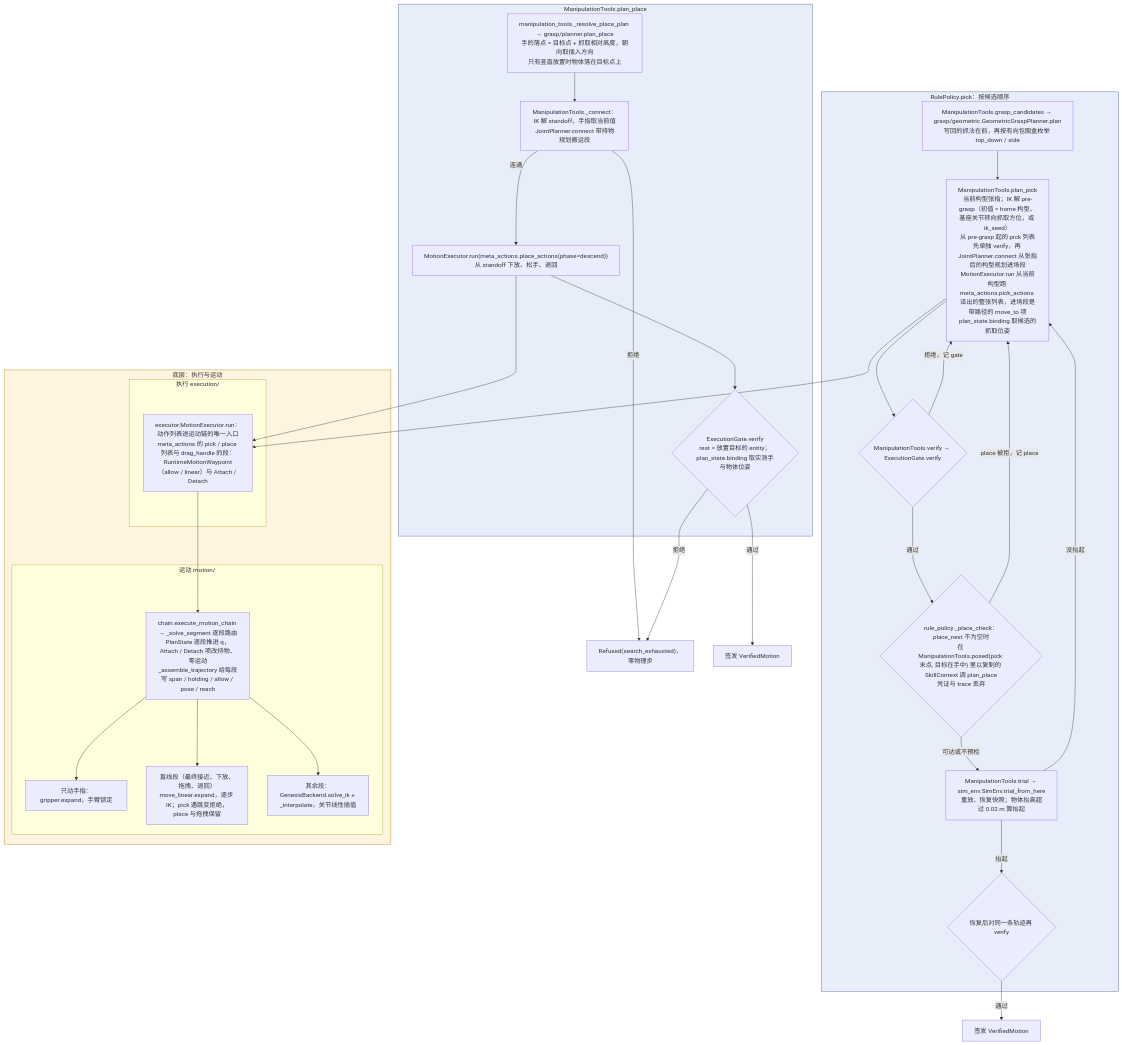
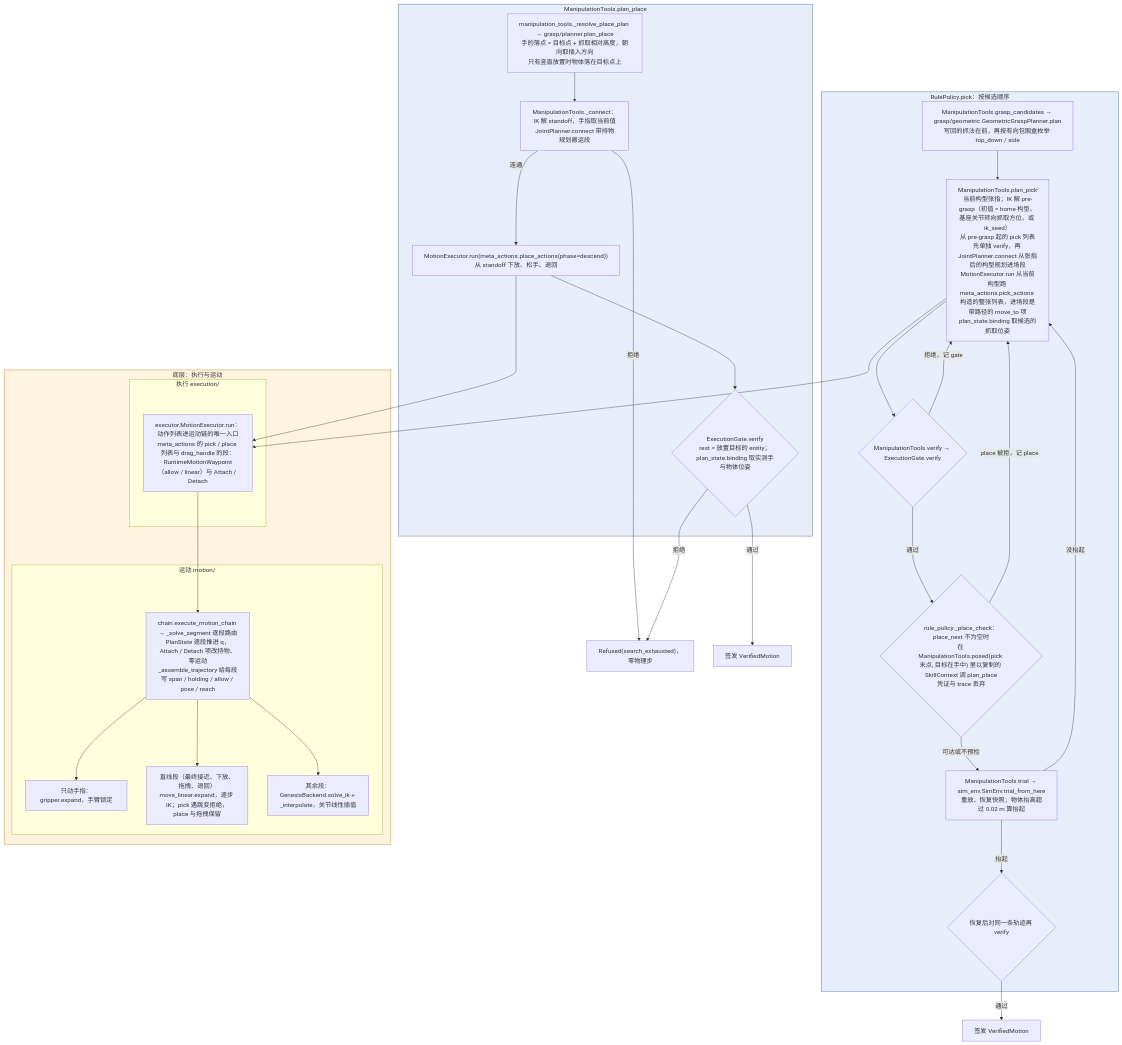
One commit to ZJLi2013/RoboSmith changed the fourth of 5 diagrams in docs/call-chain.md. Above: the diagram before and after it, drawn with Mermaid. The commit also changed other lines of this file and 5 other files, not shown here.

Commit message:
docs: plan files are steps with an optional pick lift, and the changelog lists the removed actions translation

````diff
--- a/docs/call-chain.md
+++ b/docs/call-chain.md
@@ -186,49 +186,49 @@
 ```mermaid
 flowchart TD
     subgraph PK["RulePolicy.pick：按候选顺序"]
         GEO["ManipulationTools.grasp_candidates → grasp/geometric.GeometricGraspPlanner.plan<br/>写回的抓法在前，再按有向包围盒枚举 top_down / side"]
-        PM["ManipulationTools.plan_pick<br/>当前构型张指；IK 解 pre-grasp（初值 = home 构型、基座关节转向抓取方位，或 ik_seed）<br/>从 pre-grasp 起的 pick 列表先单独 verify，再 JointPlanner.connect 从张指后的构型规划进场段<br/>MotionExecutor.run 从当前构型跑 meta_actions.pick_actions 译出的整张列表，进场段是带路径的 move_to 项<br/>plan_state.binding 取候选的抓取位姿"]
+        PM["ManipulationTools.plan_pick<br/>当前构型张指；IK 解 pre-grasp（初值 = home 构型、基座关节转向抓取方位，或 ik_seed）<br/>从 pre-grasp 起的 pick 列表先单独 verify，再 JointPlanner.connect 从张指后的构型规划进场段<br/>MotionExecutor.run 从当前构型跑 meta_actions.pick_actions 构造的整张列表，进场段是带路径的 move_to 项<br/>plan_state.binding 取候选的抓取位姿"]
         V1{"ManipulationTools.verify → ExecutionGate.verify"}
         PRE{"rule_policy._place_check：place_next 不为空时<br/>在 ManipulationTools.posed(pick 末点, 目标在手中) 里以复制的 SkillContext 调 plan_place<br/>凭证与 trace 丢弃"}
         TR["ManipulationTools.trial → sim_env.SimEnv.trial_from_here<br/>重放、恢复快照；物体抬高超过 0.02 m 算抬起"]
         V2{"恢复后对同一条轨迹再 verify"}
     end
 
     subgraph PL["ManipulationTools.plan_place"]
         PP["manipulation_tools._resolve_place_plan → grasp/planner.plan_place<br/>手的落点 = 目标点 + 抓取相对高度，朝向取插入方向<br/>只有竖直放置时物体落在目标点上"]
         PC["ManipulationTools._connect：IK 解 standoff，手指取当前值<br/>JointPlanner.connect 带持物规划搬运段"]
         PX["MotionExecutor.run(meta_actions.place_actions(phase=descend))<br/>从 standoff 下放、松手、退回"]
         V3{"ExecutionGate.verify<br/>rest = 放置目标的 entity；plan_state.binding 取实测手与物体位姿"}
     end
 
     subgraph LOW["底层：执行与运动"]
         subgraph EX["执行 execution/"]
             EXE["executor.MotionExecutor.run：动作列表进运动链的唯一入口<br/>meta_actions 的 pick / place 列表与 drag_handle 的段：RuntimeMotionWaypoint（allow / linear）与 Attach / Detach"]
         end
         subgraph MO["运动 motion/"]
             CH["chain.execute_motion_chain → _solve_segment 逐段路由<br/>PlanState 逐段推进 q，Attach / Detach 项改持物、零运动<br/>_assemble_trajectory 给每段写 span / holding / allow / pose / reach"]
             F["只动手指：gripper.expand，手臂锁定"]
             C["直线段（最终接近、下放、拖拽、退回）<br/>move_linear.expand，逐步 IK；pick 遇跳变拒绝，place 与拖拽保留"]
             G["其余段：GenesisBackend.solve_ik + _interpolate，关节线性插值"]
         end
     end
 
     GEO --> PM --> V1
     V1 -- 拒绝，记 gate --> PM
     V1 -- 通过 --> PRE
     PRE -- place 被拒，记 place --> PM
     PRE -- 可达或不预检 --> TR
     TR -- 没抬起 --> PM
     TR -- 抬起 --> V2
     V2 -- 通过 --> OKP["签发 VerifiedMotion"]
     PP --> PC
     PC -- 拒绝 --> RF["Refused(search_exhausted)，零物理步"]
     PC -- 连通 --> PX --> V3
     V3 -- 拒绝 --> RF
     V3 -- 通过 --> OKL["签发 VerifiedMotion"]
     PM & PX --> EXE --> CH --> F & C & G
 
     style PK fill:#e8eef9,stroke:#3b5b9a
     style PL fill:#e8eef9,stroke:#3b5b9a
     style LOW fill:#fff4e0,stroke:#b9770e
 ```
````
